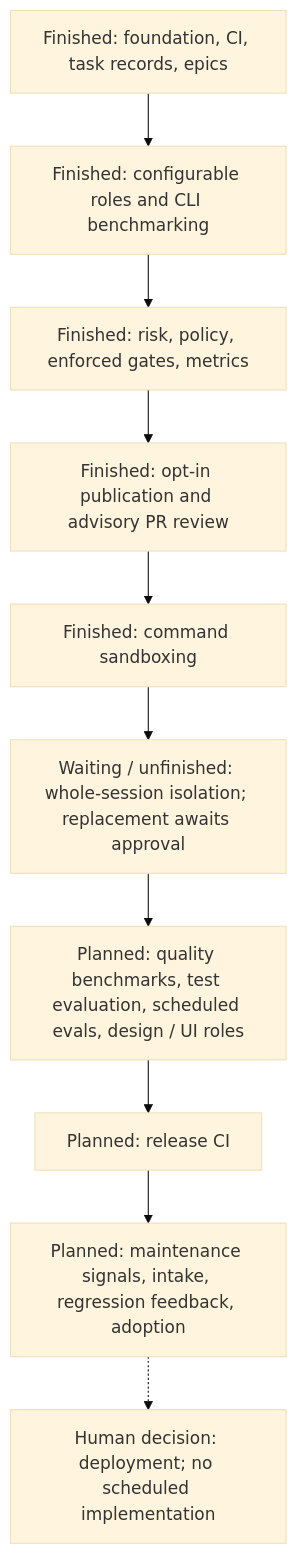
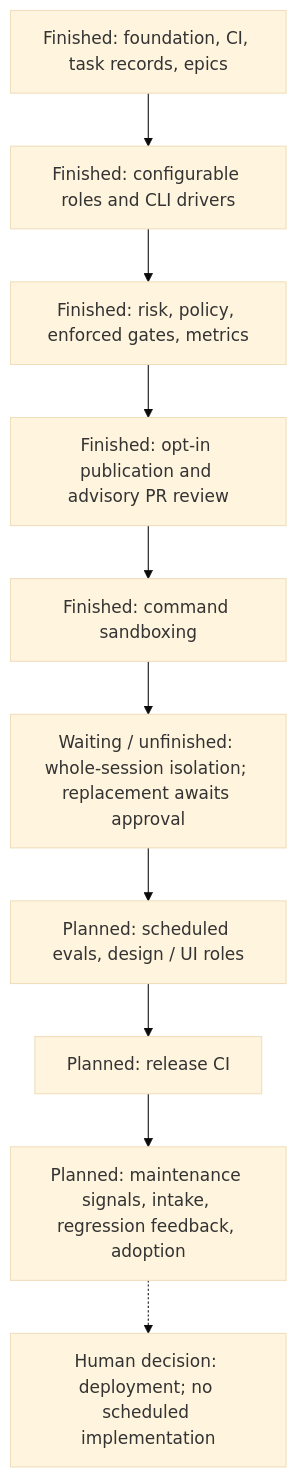
The diagram in README.md (jakos/agent-workbench), drawn with Mermaid (base theme) before and after one commit. The commit also changed 18 other files, not shown here.

First line of the commit message:
chore(task-flow)!: remove the benchmark harness (#3)

````diff
--- a/README.md
+++ b/README.md
@@ -30,16 +30,16 @@
 ```mermaid
 flowchart TD
     foundation["Finished: foundation, CI, task records, epics"]
-    roles["Finished: configurable roles and CLI benchmarking"]
+    roles["Finished: configurable roles and CLI drivers"]
     control["Finished: risk, policy, enforced gates, metrics"]
     review["Finished: opt-in publication and advisory PR review"]
     commands["Finished: command sandboxing"]
     isolation["Waiting / unfinished: whole-session isolation; replacement awaits approval"]
-    quality["Planned: quality benchmarks, test evaluation, scheduled evals, design / UI roles"]
+    quality["Planned: scheduled evals, design / UI roles"]
     release["Planned: release CI"]
     maintain["Planned: maintenance signals, intake, regression feedback, adoption"]
     deploy["Human decision: deployment; no scheduled implementation"]
     foundation --> roles --> control --> review --> commands
     commands --> isolation --> quality --> release --> maintain
     maintain -.-> deploy
 ```
````
